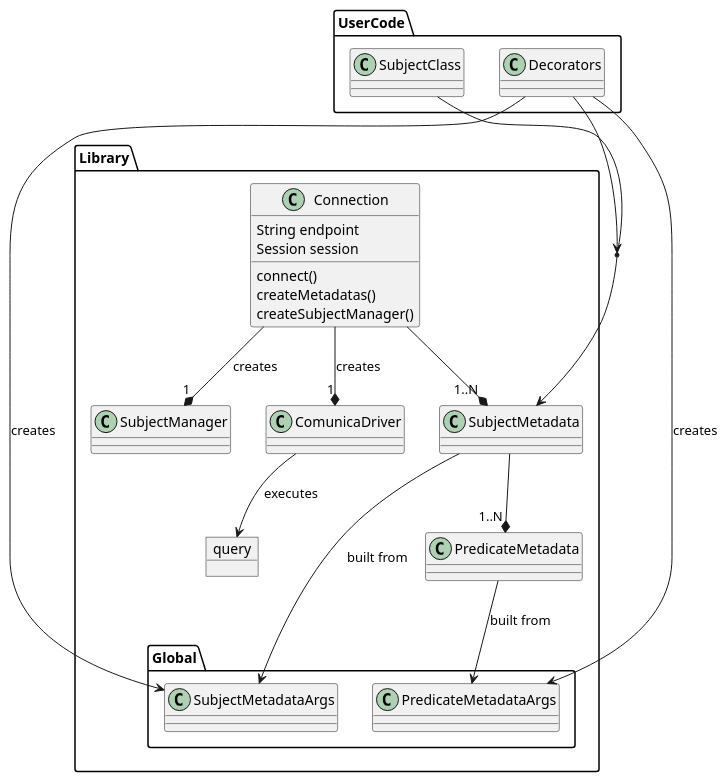
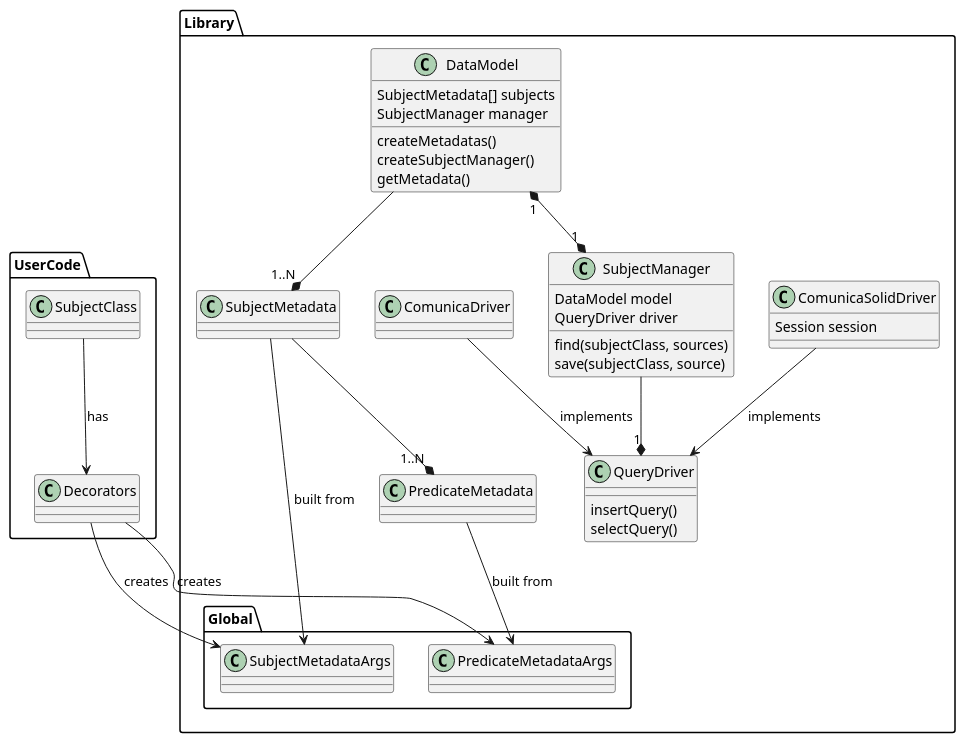
Before and after one commit to remodietlicher/graphorm: the diagram in doc/uml.puml, drawn with PlantUML. The commit also changed 11 other files, not shown here.

Commit message:
Refactor for dynamic selection of query driver

```diff
--- a/doc/uml.puml
+++ b/doc/uml.puml
@@ -1,43 +1,56 @@
 @startuml sparql-orm
 
 namespace Library {
-    object query
-    class Connection {
-        String endpoint
+
+    class QueryDriver {
+        insertQuery()
+        selectQuery()
+    }
+    class ComunicaDriver
+    class ComunicaSolidDriver {
         Session session
-        connect()
+    }
+
+    class DataModel {
+        SubjectMetadata[] subjects
+        SubjectManager manager
         createMetadatas()
         createSubjectManager()
+        getMetadata()
     }
-    class SubjectManager
+    class SubjectManager {
+        DataModel model
+        QueryDriver driver
+        find(subjectClass, sources)
+        save(subjectClass, source)
+    }
     class SubjectMetadata
     class PredicateMetadata
-    class ComunicaDriver
 
     namespace Global {
         class SubjectMetadataArgs
         class PredicateMetadataArgs
     }
 }
 
 namespace UserCode {
     class Decorators
     class SubjectClass
 }
 
-Library.Connection --* "1..N" Library.SubjectMetadata
-Library.Connection --* "1" Library.SubjectManager: creates
-Library.Connection --* "1" Library.ComunicaDriver: creates
+Library.ComunicaSolidDriver --> Library.QueryDriver: implements
+Library.ComunicaDriver --> Library.QueryDriver: implements
+
+Library.DataModel --* "1..N" Library.SubjectMetadata
+Library.DataModel "1" *--* "1" Library.SubjectManager
+Library.SubjectManager --* "1" Library.QueryDriver
 
 Library.SubjectMetadata --> Library.Global.SubjectMetadataArgs: built from
 Library.SubjectMetadata --* "1..N" Library.PredicateMetadata
 
 Library.PredicateMetadata --> Library.Global.PredicateMetadataArgs: built from
 
-Library.ComunicaDriver --> query: executes
-
-UserCode.SubjectClass --> Library.SubjectMetadata
-UserCode.Decorators --> (UserCode.SubjectClass, Library.SubjectMetadata)
+UserCode.SubjectClass --> UserCode.Decorators: has
 UserCode.Decorators --> Library.Global.SubjectMetadataArgs: creates
 UserCode.Decorators --> Library.Global.PredicateMetadataArgs: creates
 @enduml
```
